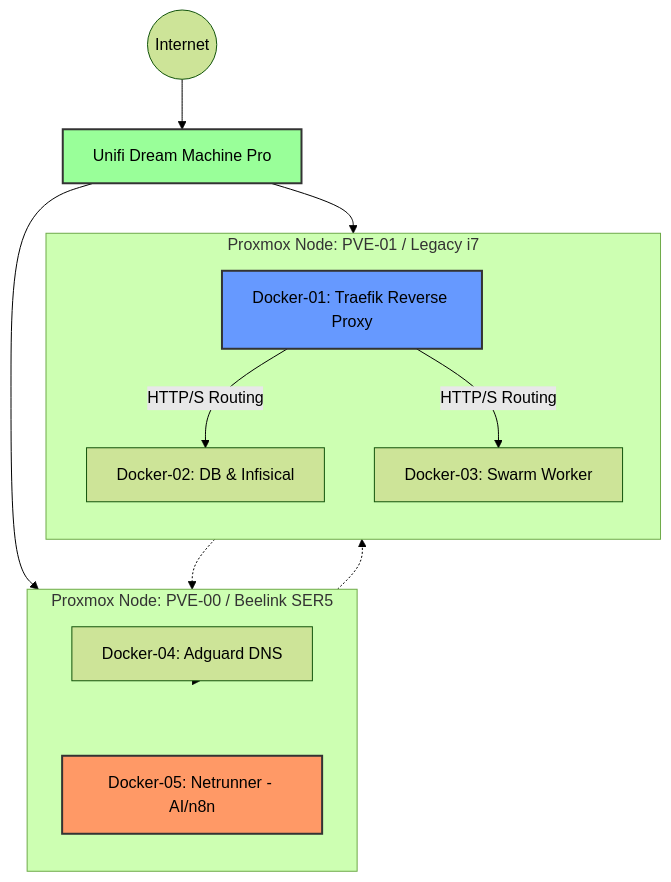
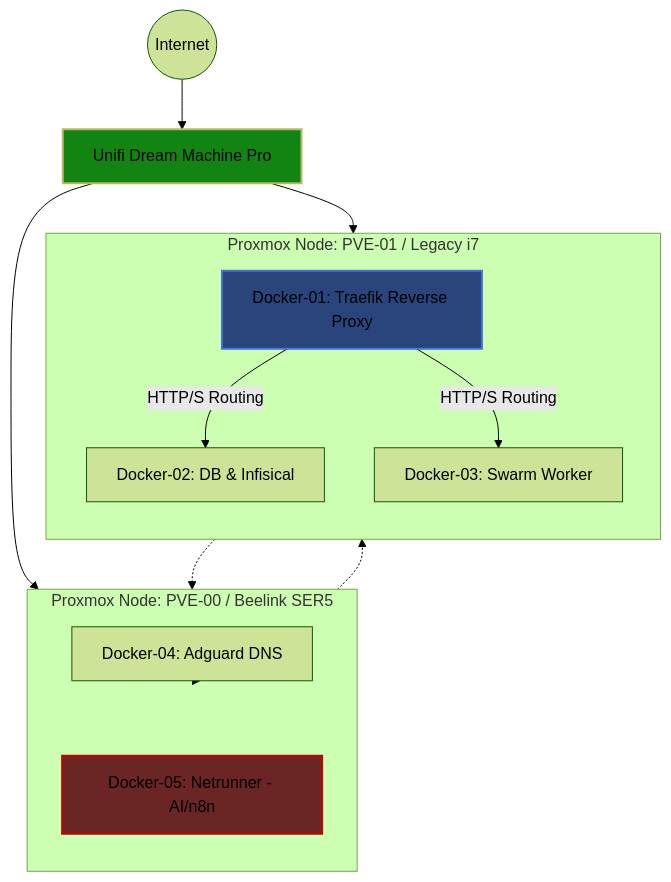
Before and after one commit to EncryptedFunk/EncryptedFunk.github.io: the diagram in docs/infrastructure/hardware.md, drawn with Mermaid (forest theme).

Commit message:
Refactor Mermaid diagram styles in hardware.md for improved visual consistency and clarity

````diff
--- a/docs/infrastructure/hardware.md
+++ b/docs/infrastructure/hardware.md
@@ -46,37 +46,37 @@
 ```mermaid
 graph TD
     %% External Entry
     Internet((Internet)) --> UDM[Unifi Dream Machine Pro]
 
     %% Infrastructure Subgraphs
     subgraph PVE00 [Proxmox Node: PVE-00 / Beelink SER5]
         direction TB
         D04[Docker-04: Adguard DNS]
         D05[Docker-05: Netrunner - AI/n8n]
     end
 
     subgraph PVE01 [Proxmox Node: PVE-01 / Legacy i7]
         direction TB
         D01[Docker-01: Traefik Reverse Proxy]
         D02[Docker-02: DB & Infisical]
         D03[Docker-03: Swarm Worker]
     end
 
     %% Network Flow
     UDM --> D01
     UDM --> D04
 
     %% Traefik Routing
     D01 -- HTTP/S Routing --> D02
     D01 -- HTTP/S Routing --> D03
     D01 -.-> D05
     
     %% Management/DNS
     D04 -.-> PVE00
     D04 -.-> PVE01
 
     %% Styling
-    style D05 fill:#f96,stroke:#333,stroke-width:2px
-    style D01 fill:#69f,stroke:#333,stroke-width:2px
-    style UDM fill:#9f9,stroke:#333,stroke-width:2px
+    style D05 fill:#6c2525,stroke:#bc0404,stroke-width:2px
+    style D01 fill:#29457b,stroke:#4571da,stroke-width:2px
+    style UDM fill:#128412,stroke:#bab968,stroke-width:2px
 ```
````
